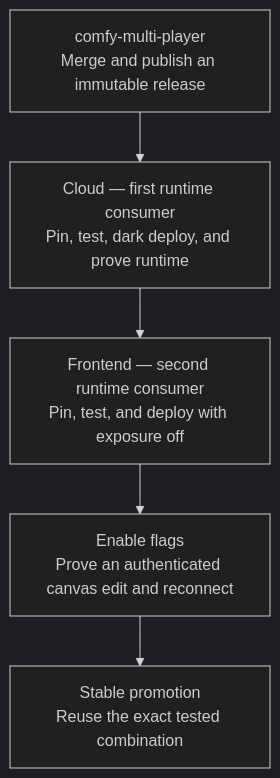
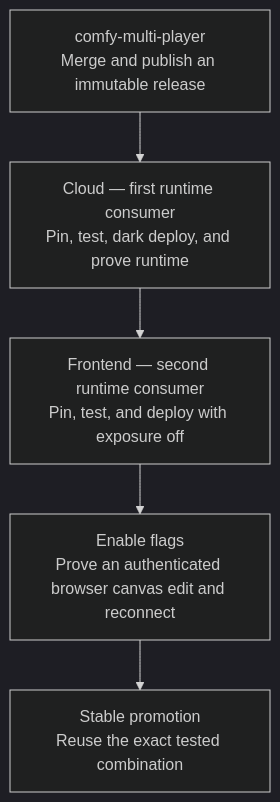
The diagram in docs/architecture/agent-cross-repo-release-order.md (Comfy-Org/ComfyUI_frontend), drawn with Mermaid (dark theme) before and after one commit.

Commit message:
docs: restore "browser" in the acceptance node
The ASCII-to-mermaid conversion turned "authenticated browser
canvas/reconnect proof" into "Prove an authenticated canvas edit and
reconnect", dropping the browser requirement that the glossary and the
acceptance-gate prose both still carry. The prose is authoritative, so
this is a wording slip, not a narrowing of the gate.

Addresses review feedback:
https://github.com/Comfy-Org/ComfyUI_frontend/pull/16635#discussion_r3916746463

````diff
--- a/docs/architecture/agent-cross-repo-release-order.md
+++ b/docs/architecture/agent-cross-repo-release-order.md
@@ -13,10 +13,10 @@
 ```mermaid
 flowchart TD
   package["comfy-multi-player<br/>Merge and publish an immutable release"]
   cloud["Cloud — first runtime consumer<br/>Pin, test, dark deploy, and prove runtime"]
   frontend["Frontend — second runtime consumer<br/>Pin, test, and deploy with exposure off"]
-  acceptance["Enable flags<br/>Prove an authenticated canvas edit and reconnect"]
+  acceptance["Enable flags<br/>Prove an authenticated browser canvas edit and reconnect"]
   stable["Stable promotion<br/>Reuse the exact tested combination"]
 
   package --> cloud --> frontend --> acceptance --> stable
 ```
````
